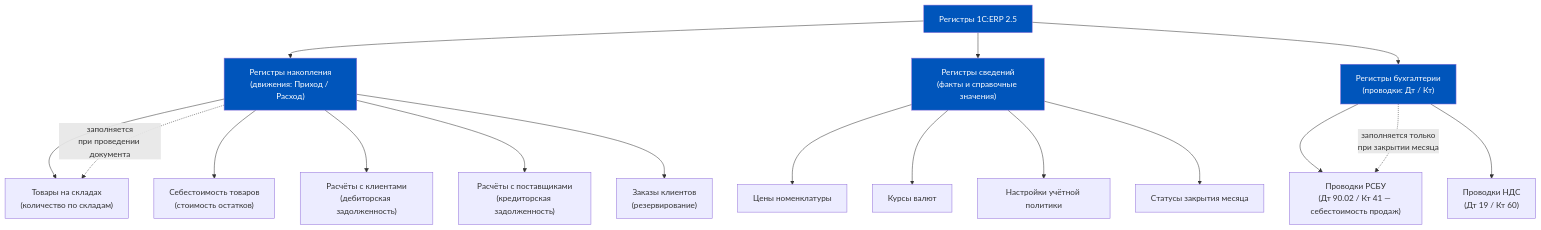
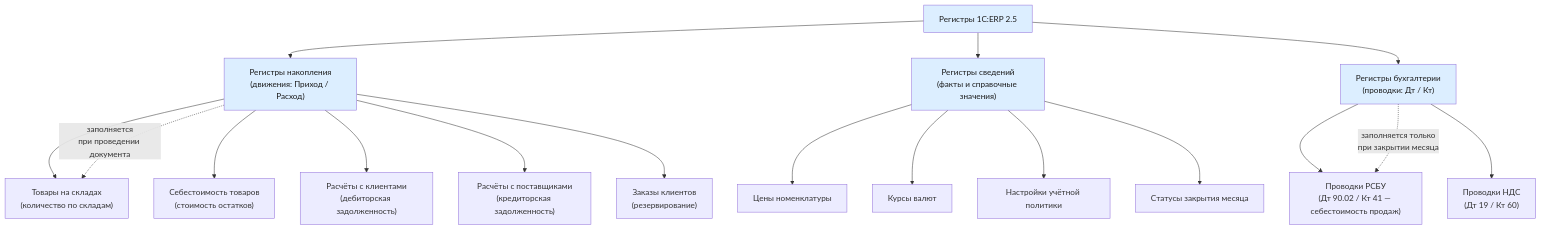
The first of 5 diagrams in content/1c-erp/week_1/Неделя 1 - День 4 - Документооборот и регистры.md (murad1986/1c-erp-quartz), drawn with Mermaid before and after one commit. The commit also changed other lines of this file and 57 other files, not shown here.

First line of the commit message:
fix: Mermaid — пастельные цвета в источниках диаграмм (56 файлов)

````diff
--- a/content/1c-erp/week_1/Неделя 1 - День 4 - Документооборот и регистры.md
+++ b/content/1c-erp/week_1/Неделя 1 - День 4 - Документооборот и регистры.md
@@ -97,30 +97,30 @@
 ```mermaid
 graph TD
     ROOT["Регистры 1C:ERP 2.5"]
 
     ROOT --> RN["Регистры накопления<br/>(движения: Приход / Расход)"]
     ROOT --> RS["Регистры сведений<br/>(факты и справочные значения)"]
     ROOT --> RB["Регистры бухгалтерии<br/>(проводки: Дт / Кт)"]
 
     RN --> RN1["Товары на складах<br/>(количество по складам)"]
     RN --> RN2["Себестоимость товаров<br/>(стоимость остатков)"]
     RN --> RN3["Расчёты с клиентами<br/>(дебиторская задолженность)"]
     RN --> RN4["Расчёты с поставщиками<br/>(кредиторская задолженность)"]
     RN --> RN5["Заказы клиентов<br/>(резервирование)"]
 
     RS --> RS1["Цены номенклатуры"]
     RS --> RS2["Курсы валют"]
     RS --> RS3["Настройки учётной политики"]
     RS --> RS4["Статусы закрытия месяца"]
 
     RB --> RB1["Проводки РСБУ<br/>(Дт 90.02 / Кт 41 — себестоимость продаж)"]
     RB --> RB2["Проводки НДС<br/>(Дт 19 / Кт 60)"]
 
     RN -.->|"заполняется<br/>при проведении документа"| RN1
     RB -.->|"заполняется только<br/>при закрытии месяца"| RB1
 
-    style ROOT fill:#0055BB,color:#fff
-    style RN fill:#0055BB,color:#fff
-    style RS fill:#0055BB,color:#fff
-    style RB fill:#0055BB,color:#fff
+    style ROOT fill:#dceeff,color:#1a1a1a
+    style RN fill:#dceeff,color:#1a1a1a
+    style RS fill:#dceeff,color:#1a1a1a
+    style RB fill:#dceeff,color:#1a1a1a
 ```
````
